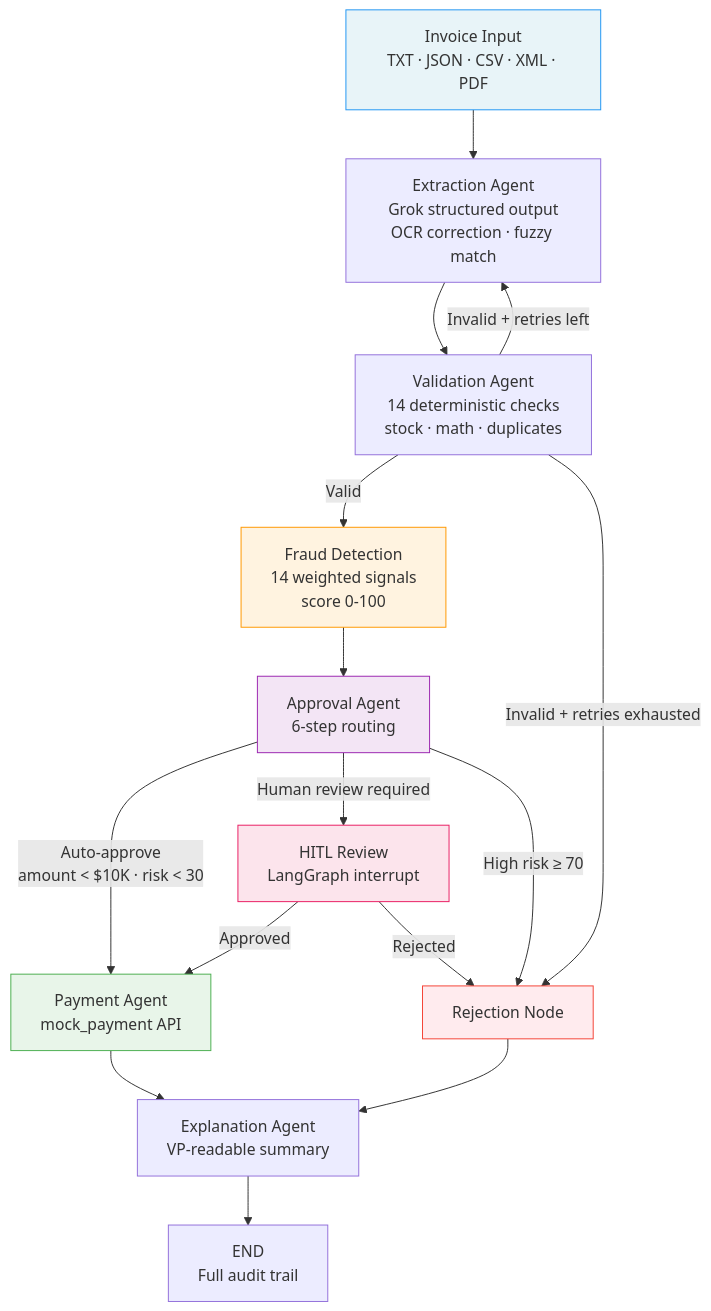
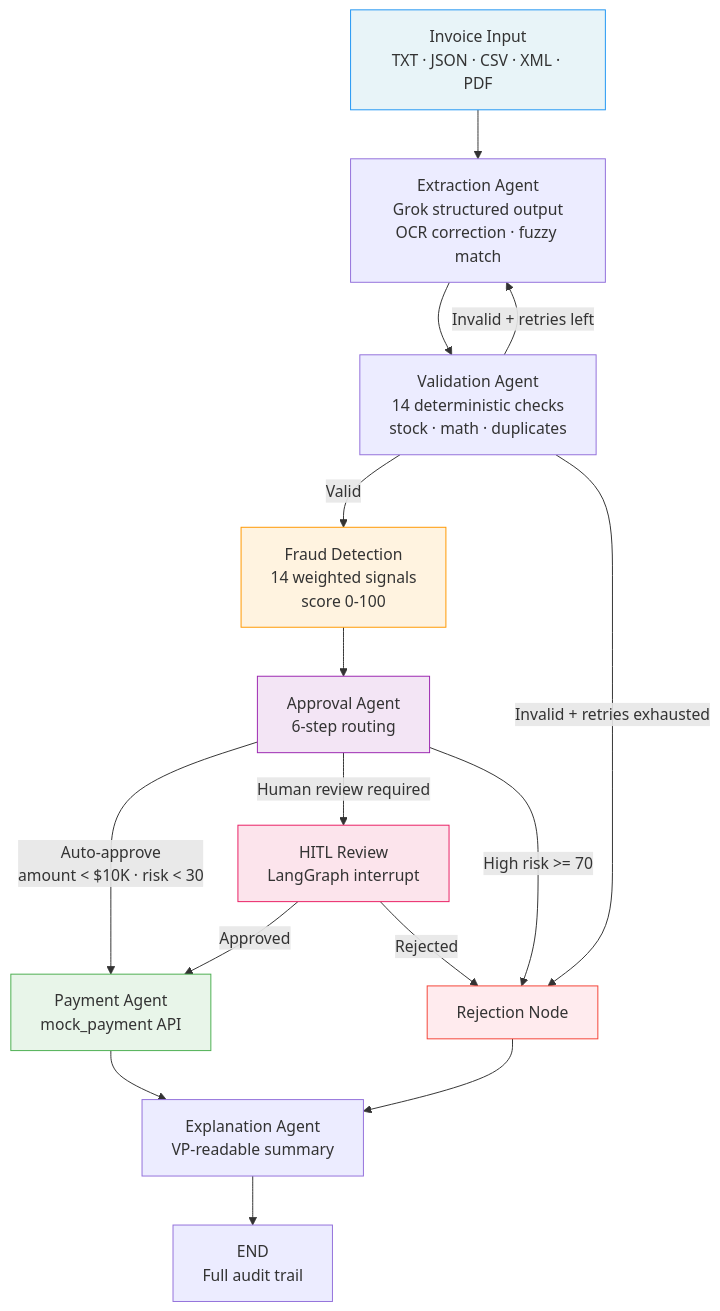
Before and after one commit to sami2919/Invoice-Processing-Automation: the diagram in README.md, drawn with Mermaid. The commit also changed other lines of this file, not shown here.

````diff
--- a/README.md
+++ b/README.md
@@ -18,24 +15,24 @@
 ```mermaid
 graph TD
     A[Invoice Input<br/>TXT · JSON · CSV · XML · PDF] --> B[Extraction Agent<br/>Grok structured output<br/>OCR correction · fuzzy match]
     B --> C[Validation Agent<br/>14 deterministic checks<br/>stock · math · duplicates]
     C -->|Valid| D[Fraud Detection<br/>14 weighted signals<br/>score 0-100]
     C -->|Invalid + retries left| B
     C -->|Invalid + retries exhausted| G[Rejection Node]
     D --> E[Approval Agent<br/>6-step routing]
     E -->|Auto-approve<br/>amount < $10K · risk < 30| F[Payment Agent<br/>mock_payment API]
     E -->|Human review required| H[HITL Review<br/>LangGraph interrupt]
-    E -->|High risk ≥ 70| G
+    E -->|High risk >= 70| G
     H -->|Approved| F
     H -->|Rejected| G
     F --> I[Explanation Agent<br/>VP-readable summary]
     G --> I
     I --> J[END<br/>Full audit trail]
 
     style A fill:#e8f4f8,stroke:#2196F3
     style D fill:#fff3e0,stroke:#FF9800
     style E fill:#f3e5f5,stroke:#9C27B0
     style H fill:#fce4ec,stroke:#E91E63
     style F fill:#e8f5e9,stroke:#4CAF50
     style G fill:#ffebee,stroke:#F44336
 ```
````
